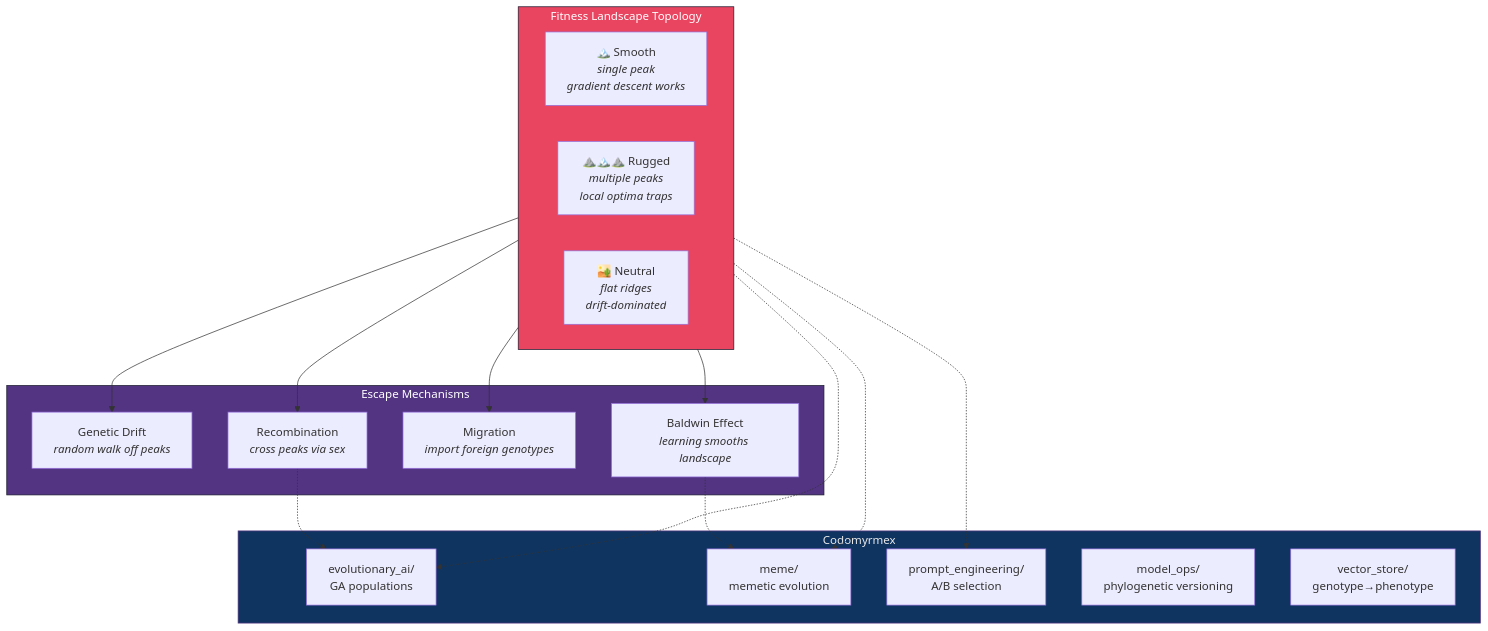
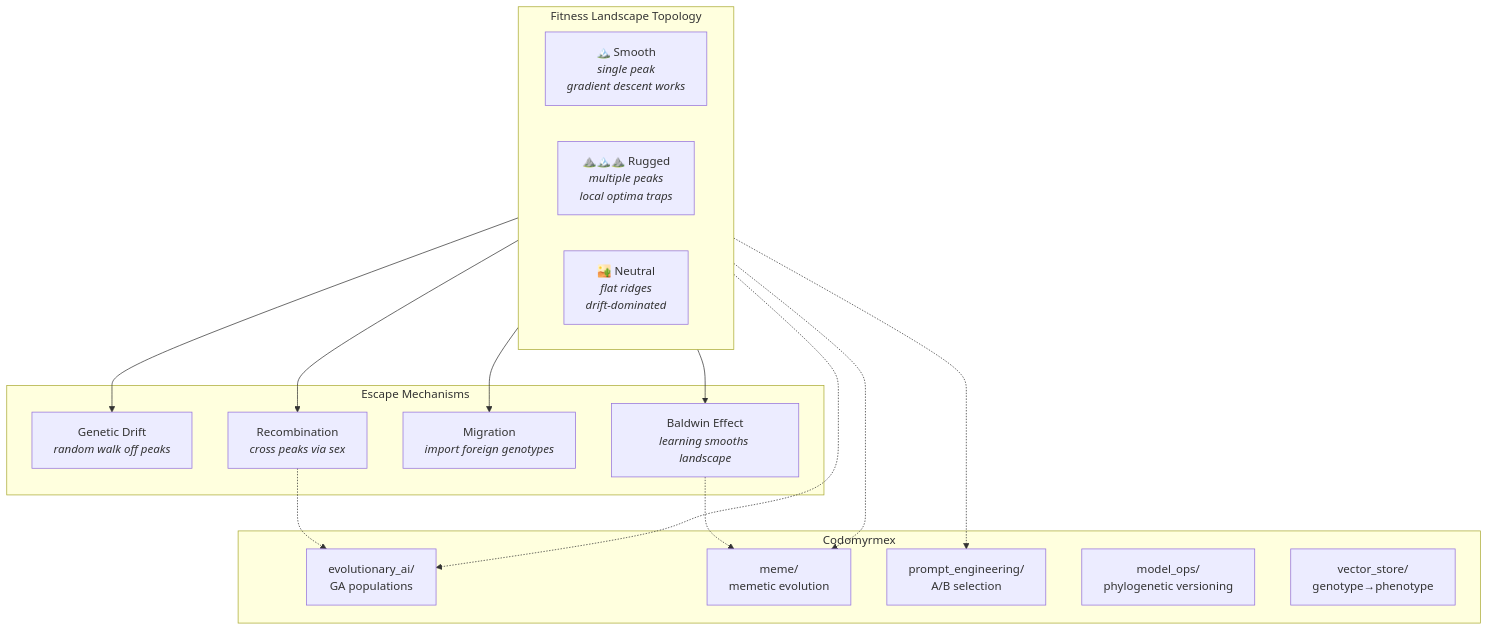
Before and after one commit to docxology/codomyrmex: the diagram in docs/bio/evolution.md, drawn with Mermaid. The commit also changed 86 other files, not shown here.

````diff
--- a/docs/bio/evolution.md
+++ b/docs/bio/evolution.md
@@ -17,39 +17,35 @@
 ```mermaid
 graph TB
     subgraph LANDSCAPE["Fitness Landscape Topology"]
         direction LR
         SMOOTH["🏔️ Smooth<br/><i>single peak<br/>gradient descent works</i>"]
         RUGGED["⛰️🏔️⛰️ Rugged<br/><i>multiple peaks<br/>local optima traps</i>"]
         NEUTRAL["🏜️ Neutral<br/><i>flat ridges<br/>drift-dominated</i>"]
     end
 
     subgraph ESCAPE["Escape Mechanisms"]
         DRIFT_M["Genetic Drift<br/><i>random walk off peaks</i>"]
         RECOMB["Recombination<br/><i>cross peaks via sex</i>"]
         MIGRATION["Migration<br/><i>import foreign genotypes</i>"]
         BALDWIN["Baldwin Effect<br/><i>learning smooths landscape</i>"]
     end
 
     RUGGED --> DRIFT_M
     RUGGED --> RECOMB
     RUGGED --> MIGRATION
     RUGGED --> BALDWIN
 
     subgraph CDM["Codomyrmex"]
         EVOL_M["evolutionary_ai/<br/>GA populations"]
         MEME_M["meme/<br/>memetic evolution"]
         PROMPT_M["prompt_engineering/<br/>A/B selection"]
         MODELOPS_M["model_ops/<br/>phylogenetic versioning"]
         VEC_EVE["vector_store/<br/>genotype→phenotype"]
     end
 
     SMOOTH -.-> PROMPT_M
     RUGGED -.-> EVOL_M
     NEUTRAL -.-> MEME_M
     RECOMB -.-> EVOL_M
     BALDWIN -.-> MEME_M
-
-    style LANDSCAPE fill:#e94560,stroke:#1a1a2e,color:#fff
-    style ESCAPE fill:#533483,stroke:#1a1a2e,color:#fff
-    style CDM fill:#0f3460,stroke:#533483,color:#e8e8e8
 ```
````
